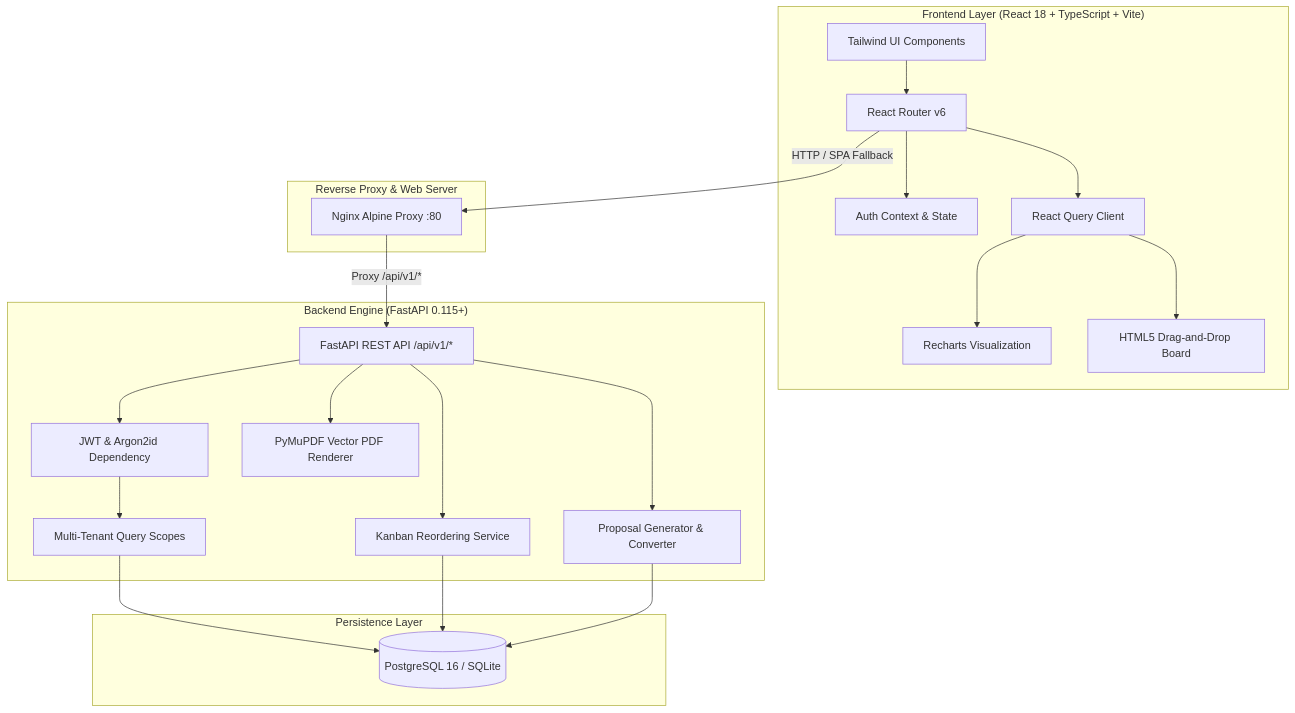
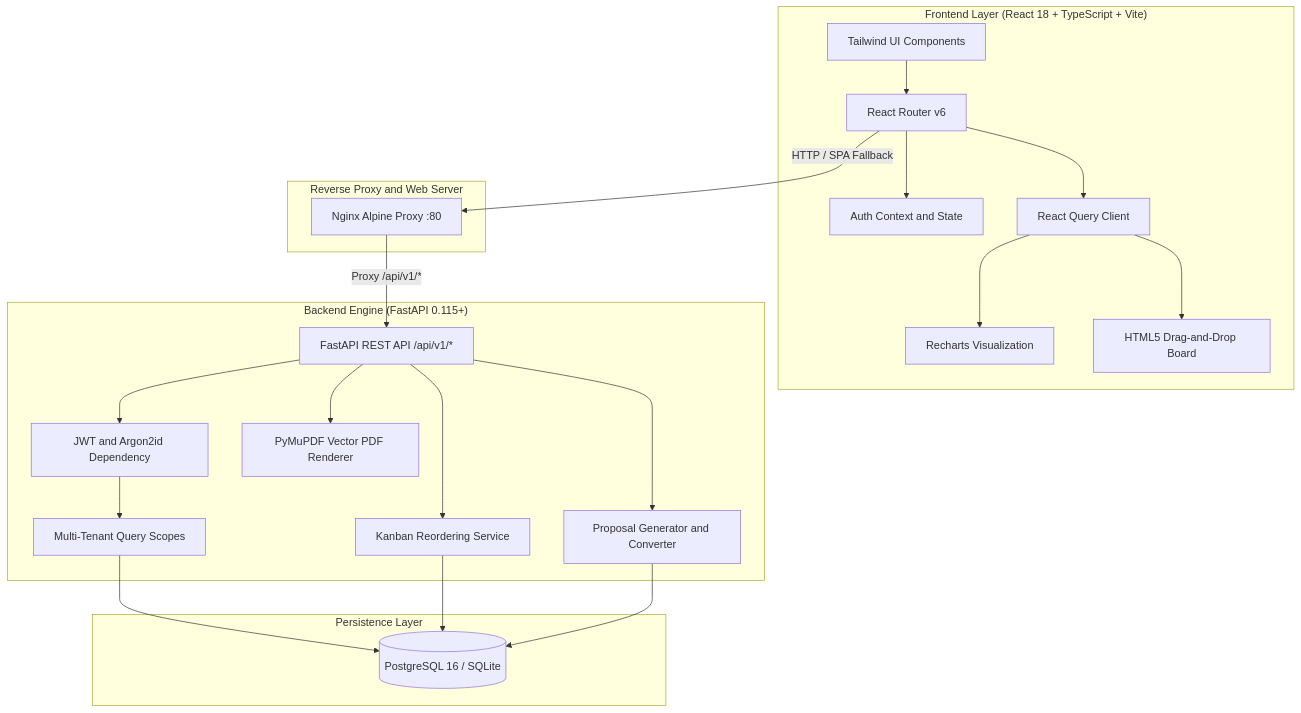
The diagram in README.md (prachizala/projectpilot), drawn with Mermaid before and after one commit.

Commit message:
docs(readme): sanitize mermaid diagram syntax and remove raw ampersands

````diff
--- a/README.md
+++ b/README.md
@@ -31,46 +31,46 @@
 ```mermaid
 graph TD
     subgraph Frontend ["Frontend Layer (React 18 + TypeScript + Vite)"]
         UI[Tailwind UI Components]
         Router[React Router v6]
-        AuthCtx[Auth Context & State]
+        AuthCtx[Auth Context and State]
         Query[React Query Client]
         Charts[Recharts Visualization]
         KanbanUI[HTML5 Drag-and-Drop Board]
     end
 
-    subgraph Gateway ["Reverse Proxy & Web Server"]
+    subgraph Gateway ["Reverse Proxy and Web Server"]
         Nginx[Nginx Alpine Proxy :80]
     end
 
     subgraph Backend ["Backend Engine (FastAPI 0.115+)"]
         API[FastAPI REST API /api/v1/*]
-        AuthDeps[JWT & Argon2id Dependency]
+        AuthDeps[JWT and Argon2id Dependency]
         Tenancy[Multi-Tenant Query Scopes]
         KanbanSvc[Kanban Reordering Service]
-        PropSvc[Proposal Generator & Converter]
+        PropSvc[Proposal Generator and Converter]
         PDFSvc[PyMuPDF Vector PDF Renderer]
     end
 
     subgraph Storage ["Persistence Layer"]
         DB[(PostgreSQL 16 / SQLite)]
     end
 
     UI --> Router
     Router --> AuthCtx
     Router --> Query
     Query --> Charts
     Query --> KanbanUI
 
     Router -->|HTTP / SPA Fallback| Nginx
     Nginx -->|Proxy /api/v1/*| API
 
     API --> AuthDeps
     AuthDeps --> Tenancy
     Tenancy --> DB
     API --> KanbanSvc
     KanbanSvc --> DB
     API --> PropSvc
     PropSvc --> DB
     API --> PDFSvc
 ```
````
